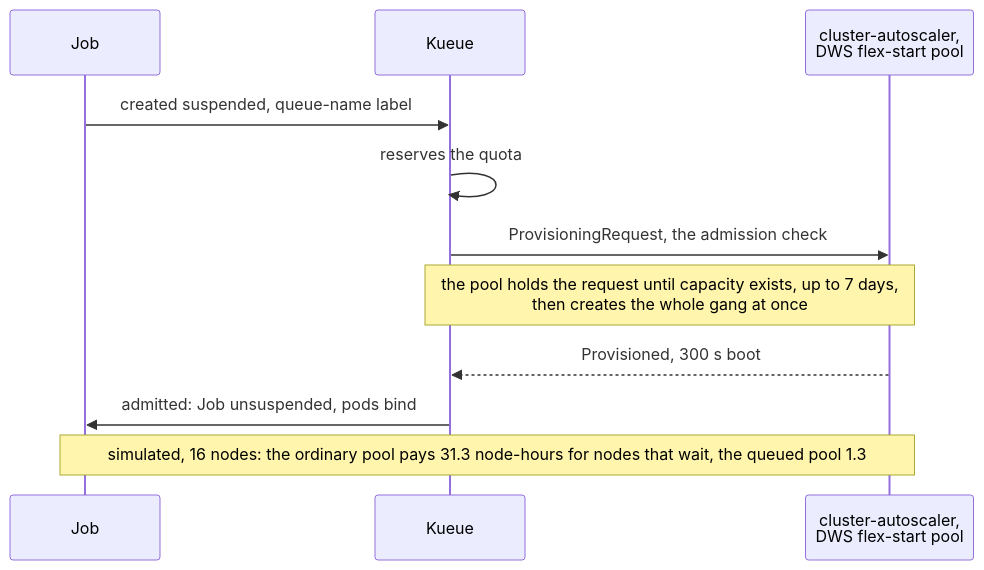
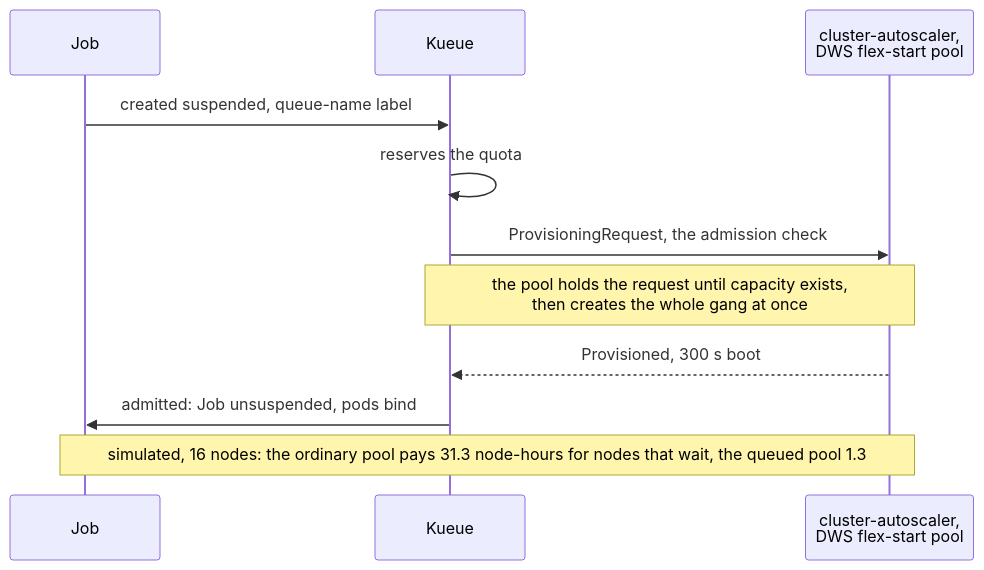
The third of 3 diagrams in 03-kubernetes-gpu/gpu-scheduling/PRIMER.md (aniryou/full-stack-agentic-engineer), drawn with Mermaid before and after one commit. The commit also changed other lines of this file and 51 other files, not shown here.

````diff
--- a/03-kubernetes-gpu/gpu-scheduling/PRIMER.md
+++ b/03-kubernetes-gpu/gpu-scheduling/PRIMER.md
@@ -813,13 +813,13 @@
 ```mermaid
 sequenceDiagram
     participant J as Job
     participant K as Kueue
     participant C as cluster-autoscaler,<br/>DWS flex-start pool
     J->>K: created suspended, queue-name label
     K->>K: reserves the quota
     K->>C: ProvisioningRequest, the admission check
-    Note over K,C: the pool holds the request until capacity exists, up to 7 days,<br/>then creates the whole gang at once
+    Note over K,C: the pool holds the request until capacity exists,<br/>then creates the whole gang at once
     C-->>K: Provisioned, 300 s boot
     K->>J: admitted: Job unsuspended, pods bind
     Note over J,C: simulated, 16 nodes: the ordinary pool pays 31.3 node-hours for nodes that wait, the queued pool 1.3
 ```
````
